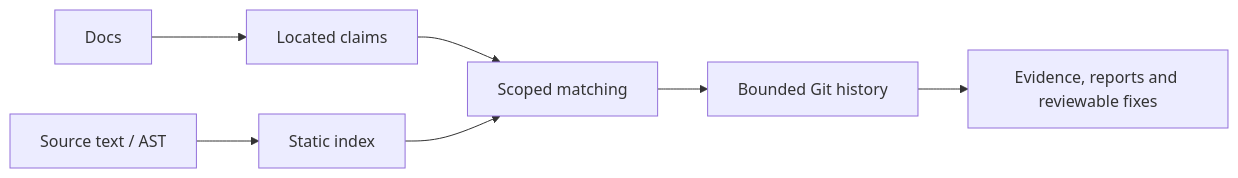
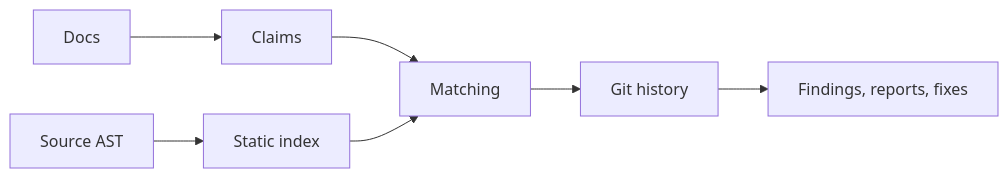
Before and after one commit to ayushagarwalhere/docs-drift: the diagram in README.md, drawn with Mermaid. The commit also changed other lines of this file and 43 other files, not shown here.

````diff
--- a/README.md
+++ b/README.md
@@ -195,9 +102,9 @@
 ```mermaid
 flowchart LR
-  D[Docs] --> C[Located claims]
-  S[Source text / AST] --> I[Static index]
-  C --> M[Scoped matching]
+  D[Docs] --> C[Claims]
+  S[Source AST] --> I[Static index]
+  C --> M[Matching]
   I --> M
-  M --> H[Bounded Git history]
-  H --> R[Evidence, reports and reviewable fixes]
+  M --> H[Git history]
+  H --> R[Findings, reports, fixes]
 ```
````
